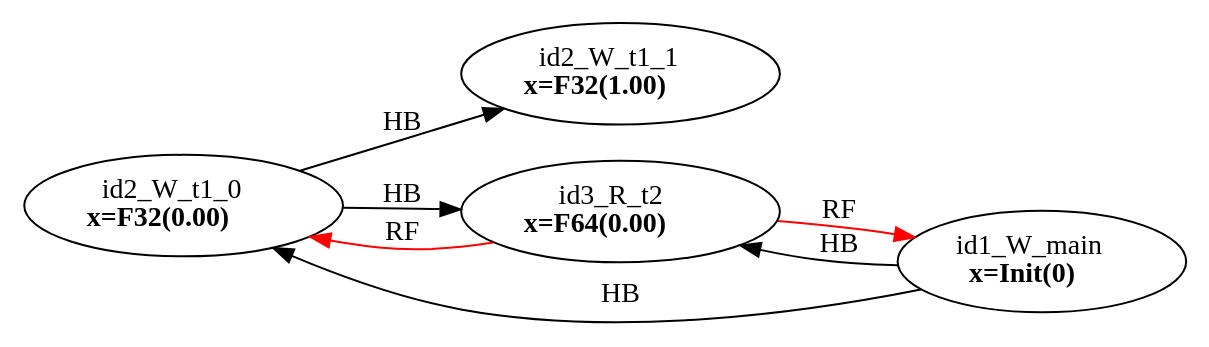
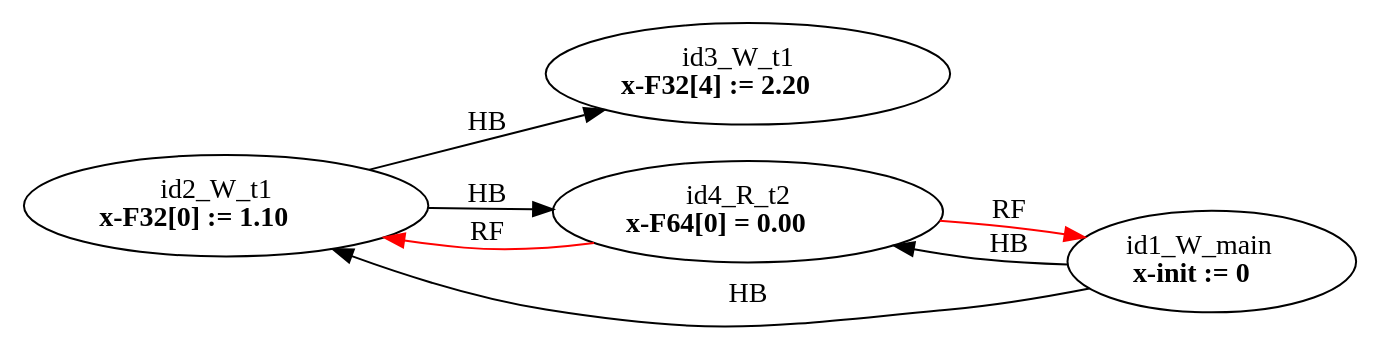
The diagram in examples/single_var/sv_simple10/mm2.dot (FMJS/EMME), drawn with Graphviz before and after one commit. The commit also changed 481 other files, not shown here.

```diff
--- a/examples/single_var/sv_simple10/mm2.dot
+++ b/examples/single_var/sv_simple10/mm2.dot
@@ -1,14 +1,14 @@
 digraph memory_model {
 rankdir=LR;
 splines=true; esep=0.5;
-id2_W_t1_0 -> id2_W_t1_1 [label = "HB", color="black"];
-id1_W_main -> id2_W_t1_0 [label = "HB", color="black"];
-id1_W_main -> id3_R_t2 [label = "HB", color="black"];
-id2_W_t1_0 -> id3_R_t2 [label = "HB", color="black"];
-id3_R_t2 -> id1_W_main [label = "RF", color="red"];
-id3_R_t2 -> id2_W_t1_0 [label = "RF", color="red"];
-id1_W_main [label=<id1_W_main<br/><B>x=Init(0)</B>>, pos="2.5,4!"]
-id2_W_t1_0 [label=<id2_W_t1_0<br/><B>x=F32(0.00)</B>>, pos="0,2!"]
-id2_W_t1_1 [label=<id2_W_t1_1<br/><B>x=F32(1.00)</B>>, pos="0,0!"]
-id3_R_t2 [label=<id3_R_t2<br/><B>x=F64(0.00)</B>>, pos="5,2!"]
+id2_W_t1 -> id3_W_t1 [label = "HB", color="black"];
+id1_W_main -> id2_W_t1 [label = "HB", color="black"];
+id1_W_main -> id4_R_t2 [label = "HB", color="black"];
+id2_W_t1 -> id4_R_t2 [label = "HB", color="black"];
+id4_R_t2 -> id1_W_main [label = "RF", color="red"];
+id4_R_t2 -> id2_W_t1 [label = "RF", color="red"];
+id1_W_main [label=<id1_W_main<br/><B>x-init := 0</B>>, pos="2.5,4!"]
+id2_W_t1 [label=<id2_W_t1<br/><B>x-F32[0] := 1.10</B>>, pos="0,2!"]
+id3_W_t1 [label=<id3_W_t1<br/><B>x-F32[4] := 2.20</B>>, pos="0,0!"]
+id4_R_t2 [label=<id4_R_t2<br/><B>x-F64[0] = 0.00</B>>, pos="5,2!"]
 }
```
